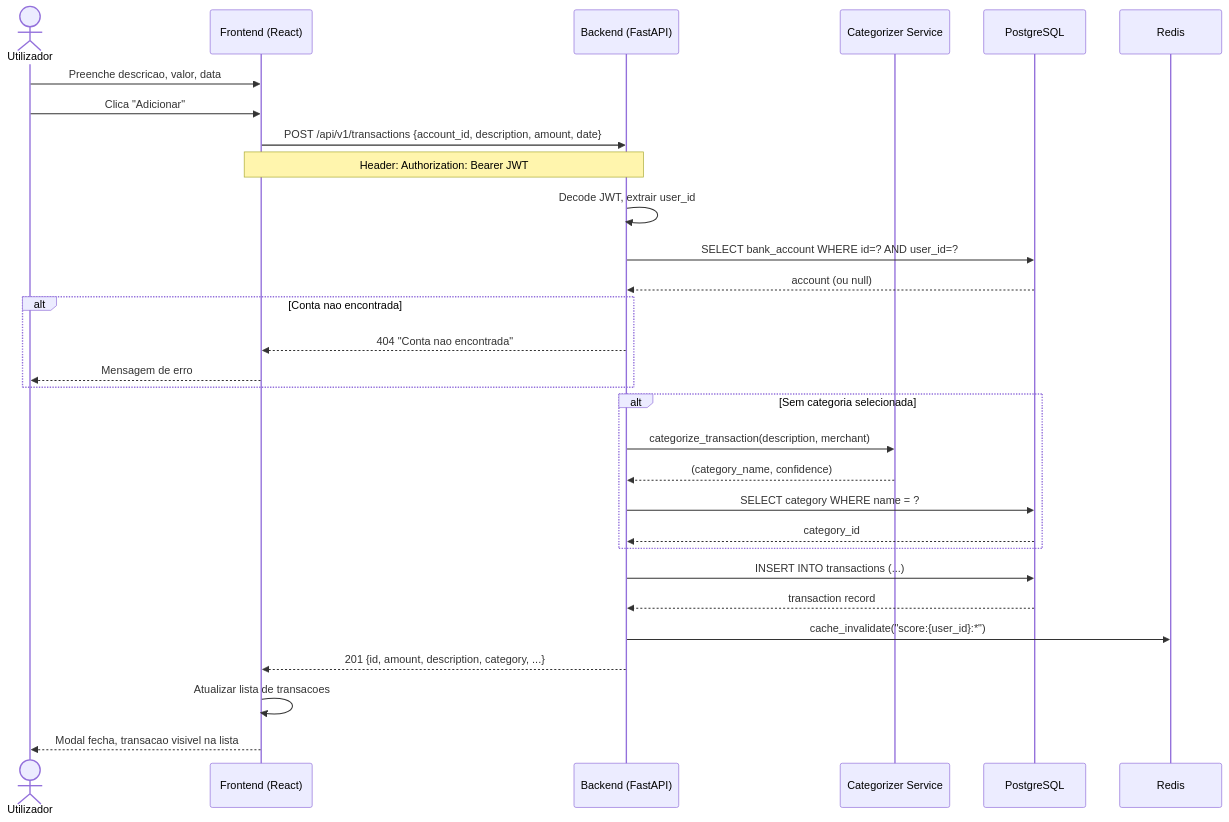
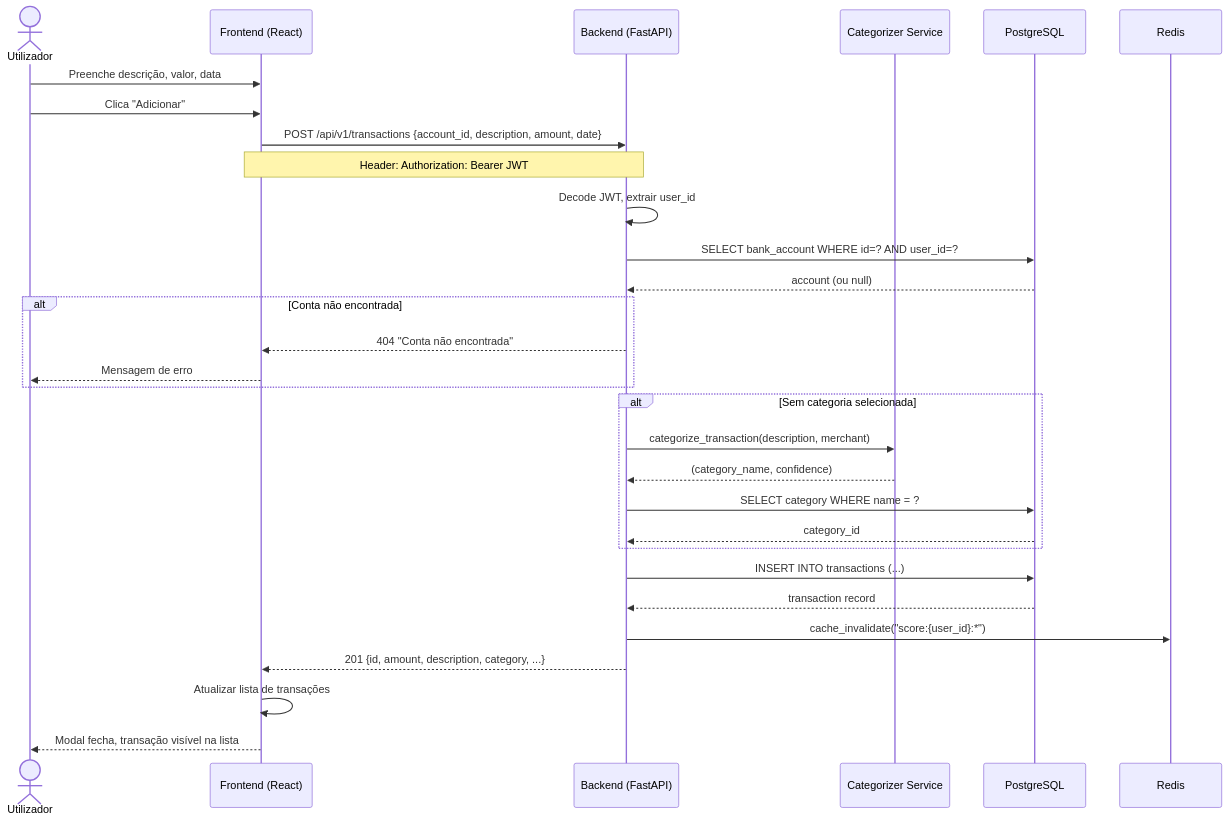
Before and after one commit to henriquelaia/FinTwin: the second of 5 diagrams in docs/sprint1/04_diagramas_sequencia.md, drawn with Mermaid. The commit also changed other lines of this file and 11 other files, not shown here.

````diff
--- a/docs/sprint1/04_diagramas_sequencia.md
+++ b/docs/sprint1/04_diagramas_sequencia.md
@@ -48,37 +48,37 @@
 ```mermaid
 sequenceDiagram
     actor U as Utilizador
     participant FE as Frontend (React)
     participant API as Backend (FastAPI)
     participant CAT as Categorizer Service
     participant DB as PostgreSQL
     participant RD as Redis
 
-    U->>FE: Preenche descricao, valor, data
+    U->>FE: Preenche descrição, valor, data
     U->>FE: Clica "Adicionar"
     FE->>API: POST /api/v1/transactions {account_id, description, amount, date}
     Note over FE,API: Header: Authorization: Bearer JWT
 
     API->>API: Decode JWT, extrair user_id
     API->>DB: SELECT bank_account WHERE id=? AND user_id=?
     DB-->>API: account (ou null)
 
-    alt Conta nao encontrada
-        API-->>FE: 404 "Conta nao encontrada"
+    alt Conta não encontrada
+        API-->>FE: 404 "Conta não encontrada"
         FE-->>U: Mensagem de erro
     end
 
     alt Sem categoria selecionada
         API->>CAT: categorize_transaction(description, merchant)
         CAT-->>API: (category_name, confidence)
         API->>DB: SELECT category WHERE name = ?
         DB-->>API: category_id
     end
 
     API->>DB: INSERT INTO transactions (...)
     DB-->>API: transaction record
     API->>RD: cache_invalidate("score:{user_id}:*")
     API-->>FE: 201 {id, amount, description, category, ...}
-    FE->>FE: Atualizar lista de transacoes
-    FE-->>U: Modal fecha, transacao visivel na lista
+    FE->>FE: Atualizar lista de transações
+    FE-->>U: Modal fecha, transação visível na lista
 ```
````
